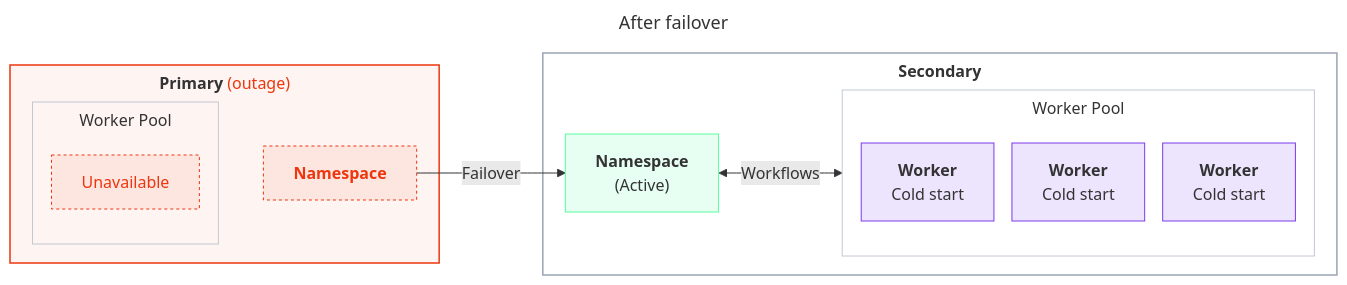
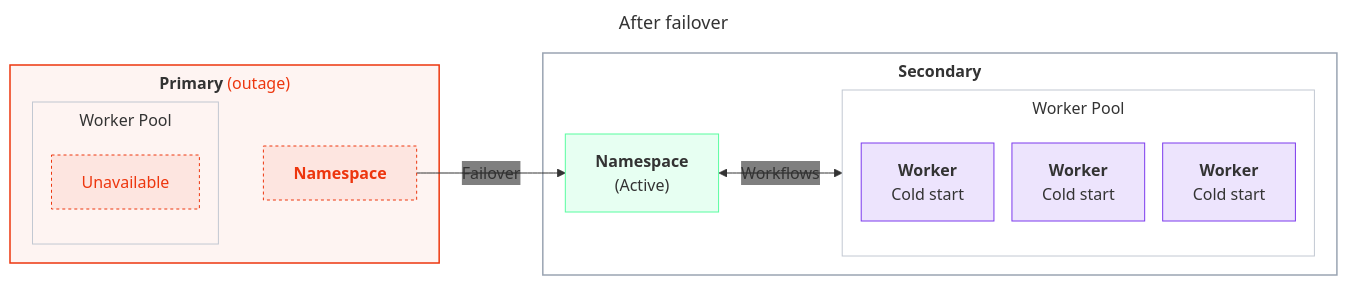
The second of 19 diagrams in docs/cloud/high-availability/deployment-patterns.mdx (temporalio/documentation), drawn with Mermaid before and after one commit. The commit also changed other lines of this file, not shown here.

````diff
--- a/docs/cloud/high-availability/deployment-patterns.mdx
+++ b/docs/cloud/high-availability/deployment-patterns.mdx
@@ -102,33 +114,33 @@
 ```mermaid
 ---
 title: After failover
 ---
-%%{init: {'themeVariables':{'fontFamily':'Inter, ui-sans-serif, system-ui, sans-serif'},'flowchart':{'nodeSpacing':18,'rankSpacing':45,'curve':'basis','subGraphTitleMargin':{'top':6,'bottom':12}}}}%%
+%%{init: {'themeVariables':{'fontFamily':'Inter, ui-sans-serif, system-ui, sans-serif','edgeLabelBackground':'transparent'},'flowchart':{'nodeSpacing':18,'rankSpacing':45,'curve':'basis','subGraphTitleMargin':{'top':6,'bottom':12}}}}%%
 flowchart LR
     classDef worker fill:#7C3AED22,stroke:#7C3AED,stroke-width:1px;
     classDef ns fill:#59FDA024,stroke:#59FDA0,stroke-width:1px;
     classDef down fill:#ED360E14,stroke:#ED360E,stroke-width:1px,stroke-dasharray:3 3,color:#ED360E;
     classDef region fill:transparent,stroke:#9aa4b2,stroke-width:1.5px;
     classDef regiondown fill:#ED360E0D,stroke:#ED360E,stroke-width:1.5px;
     classDef pool fill:transparent,stroke:#c2c8d2,stroke-width:1px;
     subgraph FPRIM["<b>Primary</b> <span style='color:#ED360E'>(outage)</span>"]
       subgraph FPP["Worker Pool"]
         FPW1["Unavailable"]:::down
       end
       FPN["<b>Namespace</b>"]:::down
       FPP ~~~ FPN
     end
     subgraph FSEC["<b>Secondary</b>"]
       FSN["<b>Namespace</b><br>(Active)"]:::ns
       subgraph FSP["Worker Pool"]
         FSW1["<b>Worker</b><br/>Cold start"]:::worker
         FSW2["<b>Worker</b><br/>Cold start"]:::worker
         FSW3["<b>Worker</b><br/>Cold start"]:::worker
       end
       FSN <-->|Workflows| FSP
     end
     FPN -->|"Failover"| FSN
     class FPRIM regiondown
     class FSEC region
     class FPP,FSP pool
 ```
````
